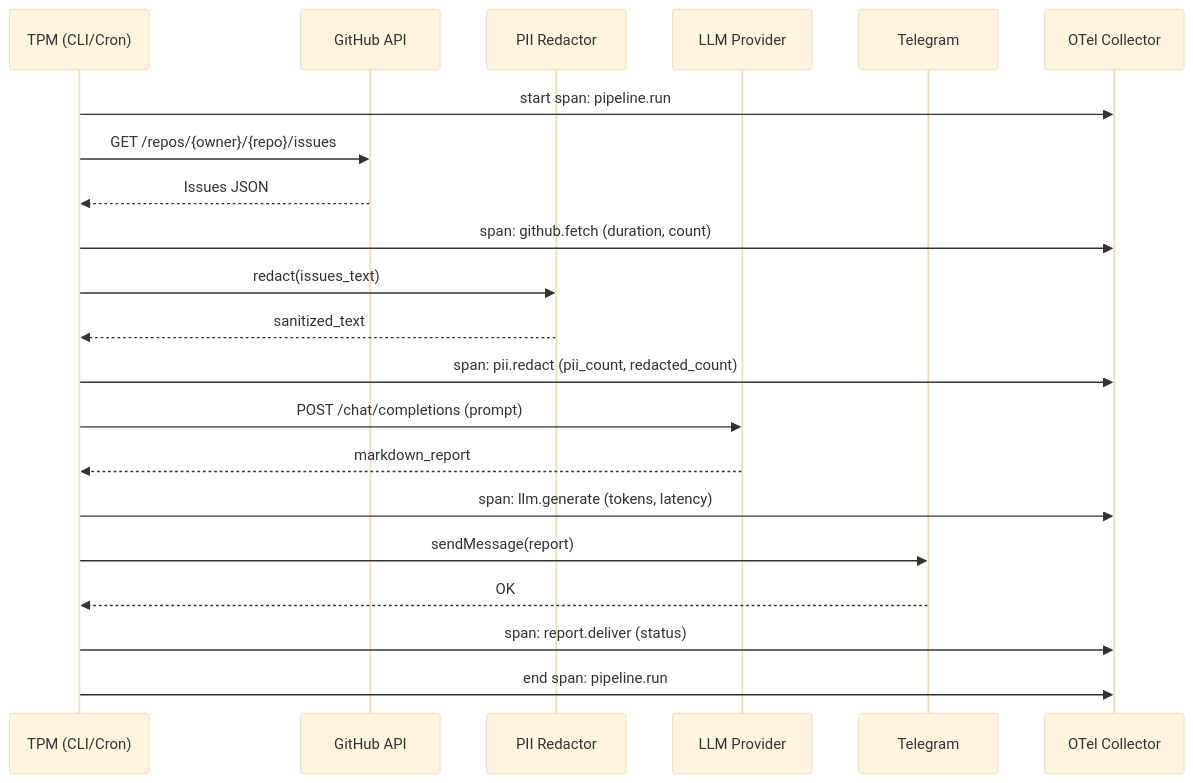
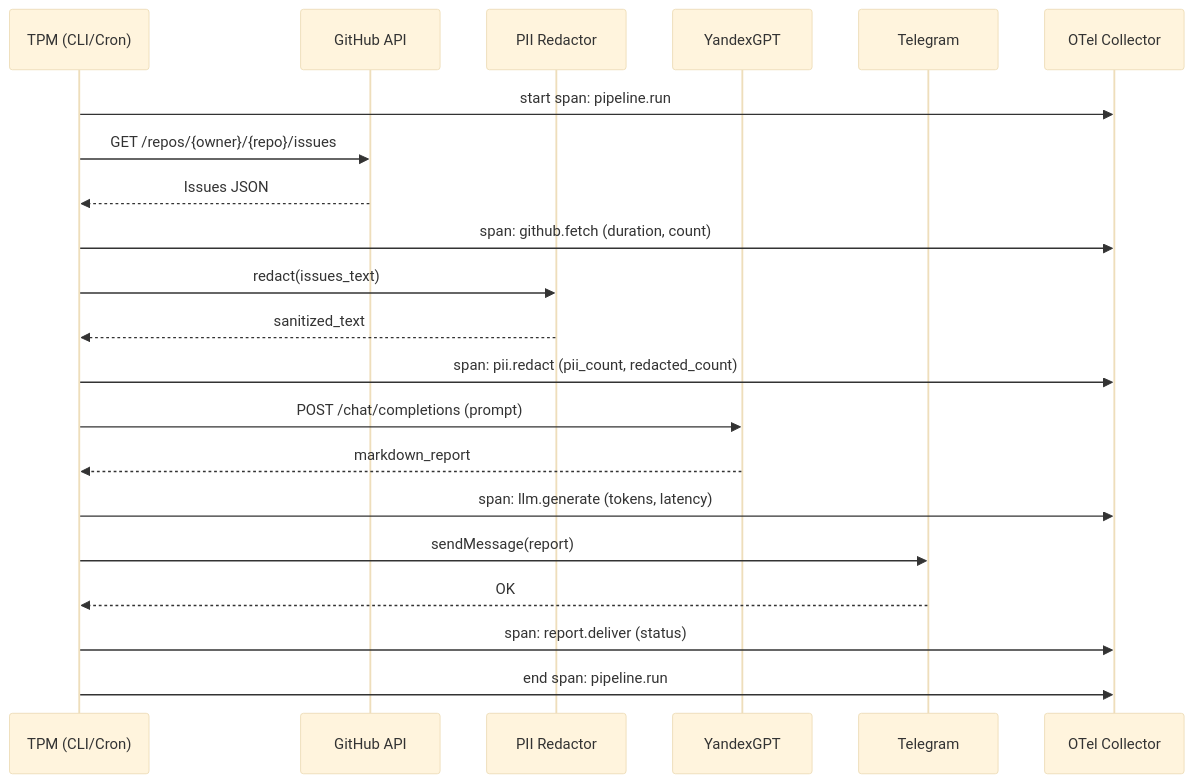
One commit to realrvs/ai-tpm-copilot changed the second of 2 diagrams in design.md. Above: the diagram before and after it, drawn with Mermaid (base theme). The commit also changed other lines of this file and 25 other files, not shown here.

````diff
--- a/design.md
+++ b/design.md
@@ -69,23 +69,23 @@
 ```mermaid
 sequenceDiagram
     participant User as TPM (CLI/Cron)
     participant GH as GitHub API
     participant PII as PII Redactor
-    participant LLM as LLM Provider
+    participant LLM as YandexGPT
     participant TG as Telegram
     participant OTel as OTel Collector
     User->>OTel: start span: pipeline.run
     User->>GH: GET /repos/{owner}/{repo}/issues
     GH-->>User: Issues JSON
     User->>OTel: span: github.fetch (duration, count)
     User->>PII: redact(issues_text)
     PII-->>User: sanitized_text
     User->>OTel: span: pii.redact (pii_count, redacted_count)
     User->>LLM: POST /chat/completions (prompt)
     LLM-->>User: markdown_report
     User->>OTel: span: llm.generate (tokens, latency)
     User->>TG: sendMessage(report)
     TG-->>User: OK
     User->>OTel: span: report.deliver (status)
     User->>OTel: end span: pipeline.run
 ```
````
